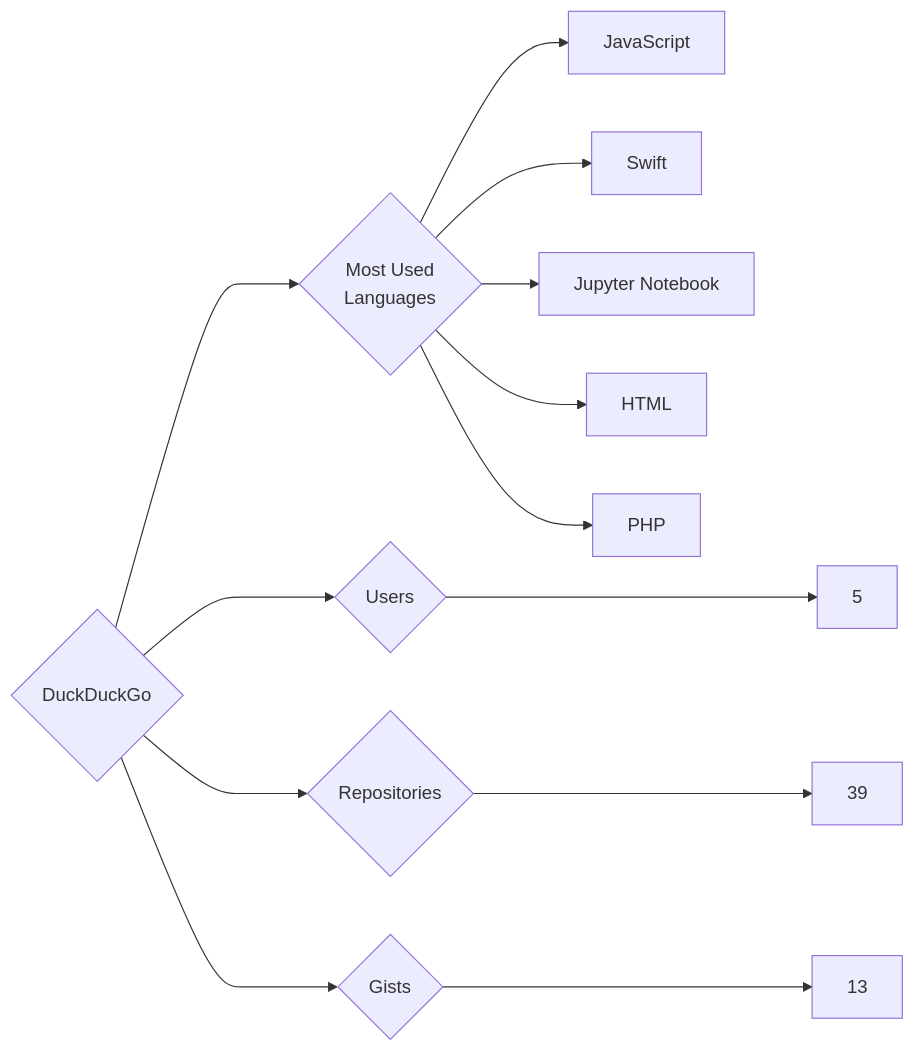
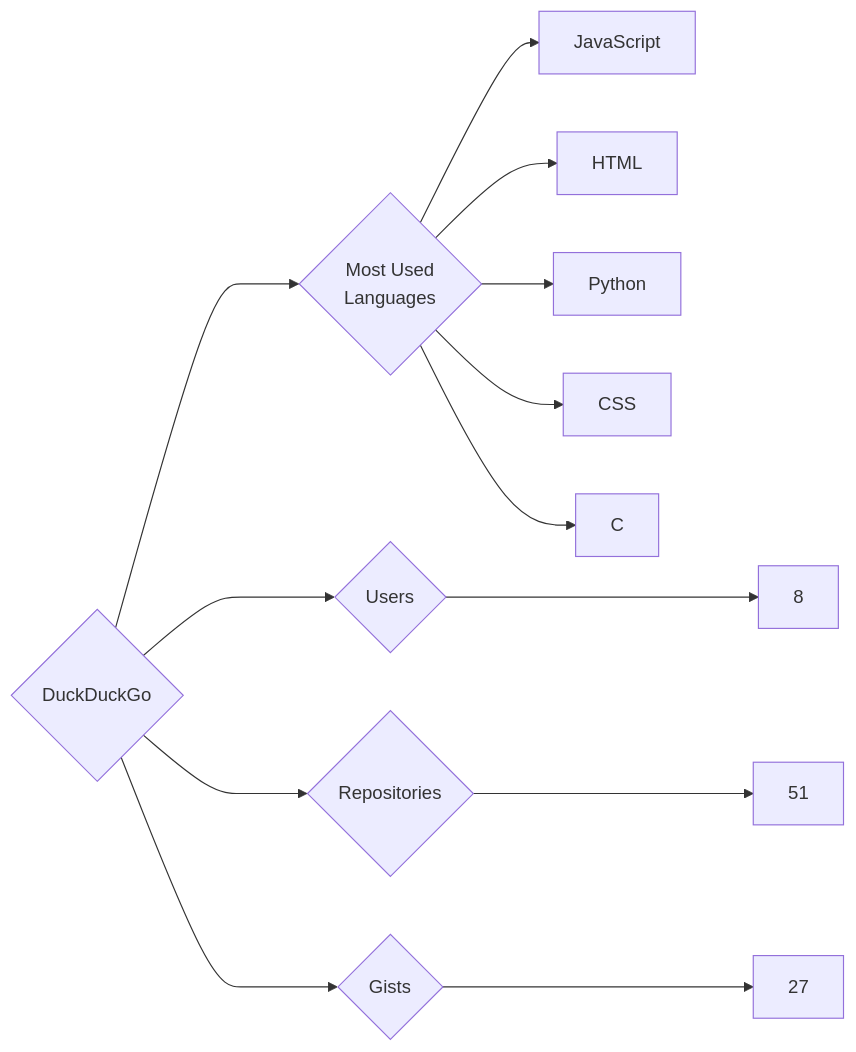
The diagram in targets/DuckDuckGo/README.md (trickest/insiders), drawn with Mermaid before and after one commit. The commit also changed 1175 other files, not shown here.

````diff
--- a/targets/DuckDuckGo/README.md
+++ b/targets/DuckDuckGo/README.md
@@ -3,13 +3,13 @@
 ```mermaid
 graph LR
 COMPANY_NAME{DuckDuckGo}
-COMPANY_NAME ---> U{Users} ---> UN[5]
-COMPANY_NAME ---> R{Repositories} ---> RN[39]
-COMPANY_NAME ---> G{Gists} ---> GN[13]
+COMPANY_NAME ---> U{Users} ---> UN[8]
+COMPANY_NAME ---> R{Repositories} ---> RN[51]
+COMPANY_NAME ---> G{Gists} ---> GN[27]
 COMPANY_NAME ---> ML{Most Used<br>Languages}
 ML --> JavaScript[JavaScript]
-ML --> Swift[Swift]
-ML --> Jupyter_Notebook[Jupyter Notebook]
 ML --> HTML[HTML]
-ML --> PHP[PHP]
+ML --> Python[Python]
+ML --> CSS[CSS]
+ML --> C[C]
 ```
````
